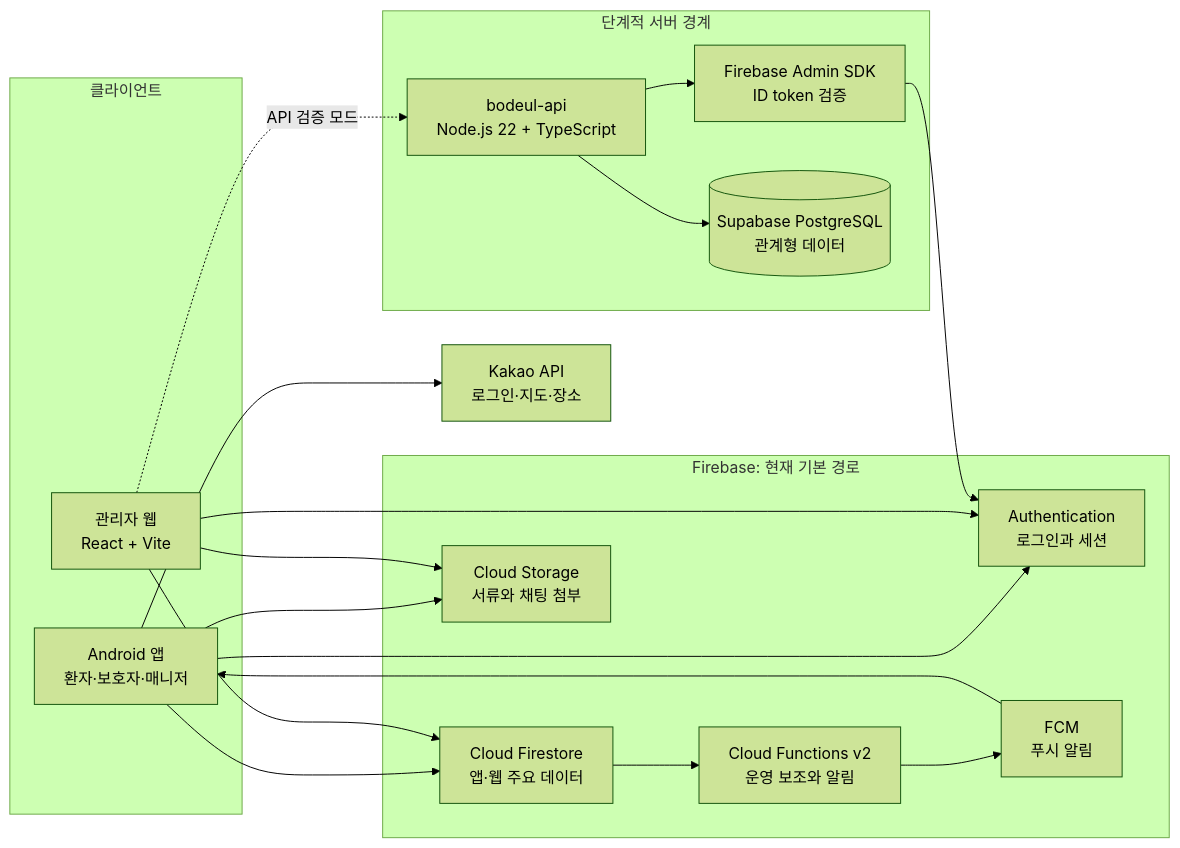
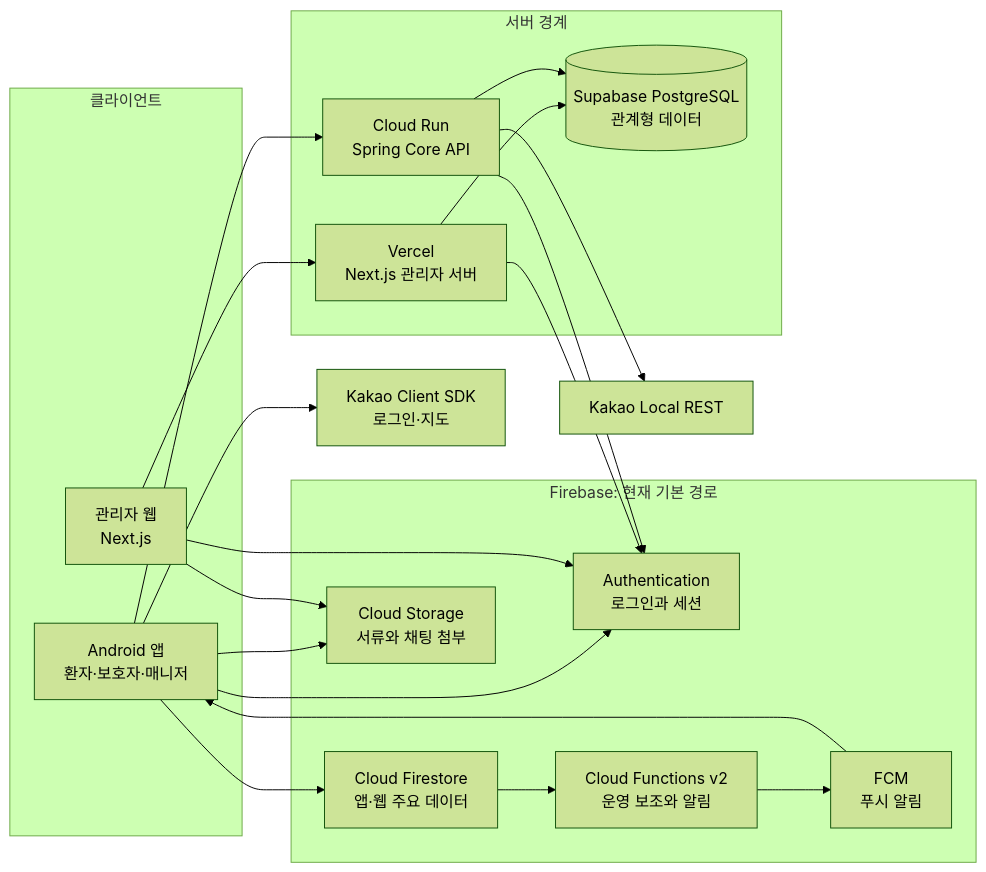
The diagram in README.md (bodeul110/Bodeul), drawn with Mermaid (forest theme) before and after one commit. The commit also changed other lines of this file and 90 other files, not shown here.

Commit message:
refactor: retire legacy node and admin duplicates (#207)

````diff
--- a/README.md
+++ b/README.md
@@ -90,39 +89,42 @@
 ```mermaid
 flowchart LR
   subgraph Clients["클라이언트"]
     Android["Android 앱<br/>환자·보호자·매니저"]
-    AdminWeb["관리자 웹<br/>React + Vite"]
+    AdminWeb["관리자 웹<br/>Next.js"]
   end
 
   subgraph Firebase["Firebase: 현재 기본 경로"]
     Auth["Authentication<br/>로그인과 세션"]
     Firestore["Cloud Firestore<br/>앱·웹 주요 데이터"]
     Storage["Cloud Storage<br/>서류와 채팅 첨부"]
     Functions["Cloud Functions v2<br/>운영 보조와 알림"]
     FCM["FCM<br/>푸시 알림"]
   end
 
-  subgraph Backend["단계적 서버 경계"]
-    Api["bodeul-api<br/>Node.js 22 + TypeScript"]
-    FirebaseAdmin["Firebase Admin SDK<br/>ID token 검증"]
+  subgraph Backend["서버 경계"]
+    AdminServer["Vercel<br/>Next.js 관리자 서버"]
+    CoreApi["Cloud Run<br/>Spring Core API"]
     Postgres[("Supabase PostgreSQL<br/>관계형 데이터")]
   end
 
-  Kakao["Kakao API<br/>로그인·지도·장소"]
+  KakaoClient["Kakao Client SDK<br/>로그인·지도"]
+  KakaoLocal["Kakao Local REST"]
 
   Android --> Auth
   Android --> Firestore
   Android --> Storage
-  Android --> Kakao
+  Android --> KakaoClient
   AdminWeb --> Auth
-  AdminWeb --> Firestore
   AdminWeb --> Storage
   Firestore --> Functions
   Functions --> FCM
   FCM --> Android
 
-  AdminWeb -. "API 검증 모드" .-> Api
-  Api --> FirebaseAdmin
-  FirebaseAdmin --> Auth
-  Api --> Postgres
+  AdminWeb --> AdminServer
+  AdminServer --> Auth
+  AdminServer --> Postgres
+  Android --> CoreApi
+  CoreApi --> Auth
+  CoreApi --> Postgres
+  CoreApi --> KakaoLocal
 ```
````
